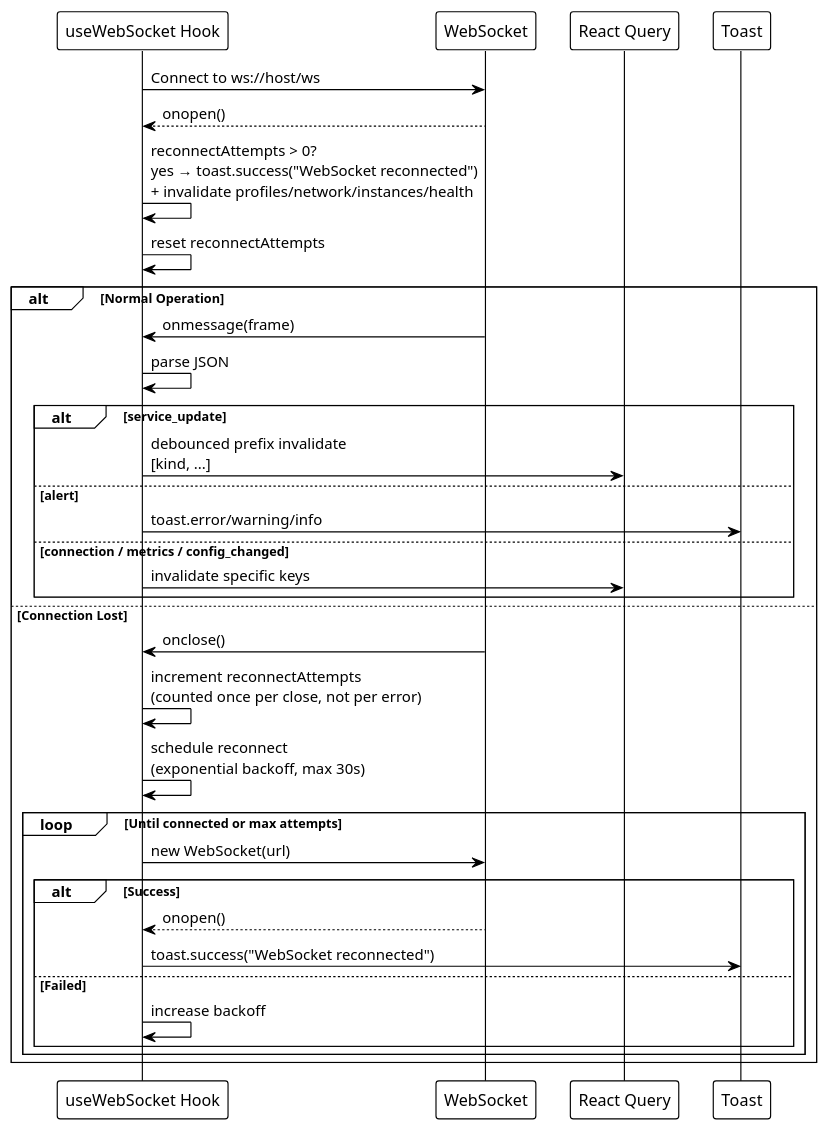
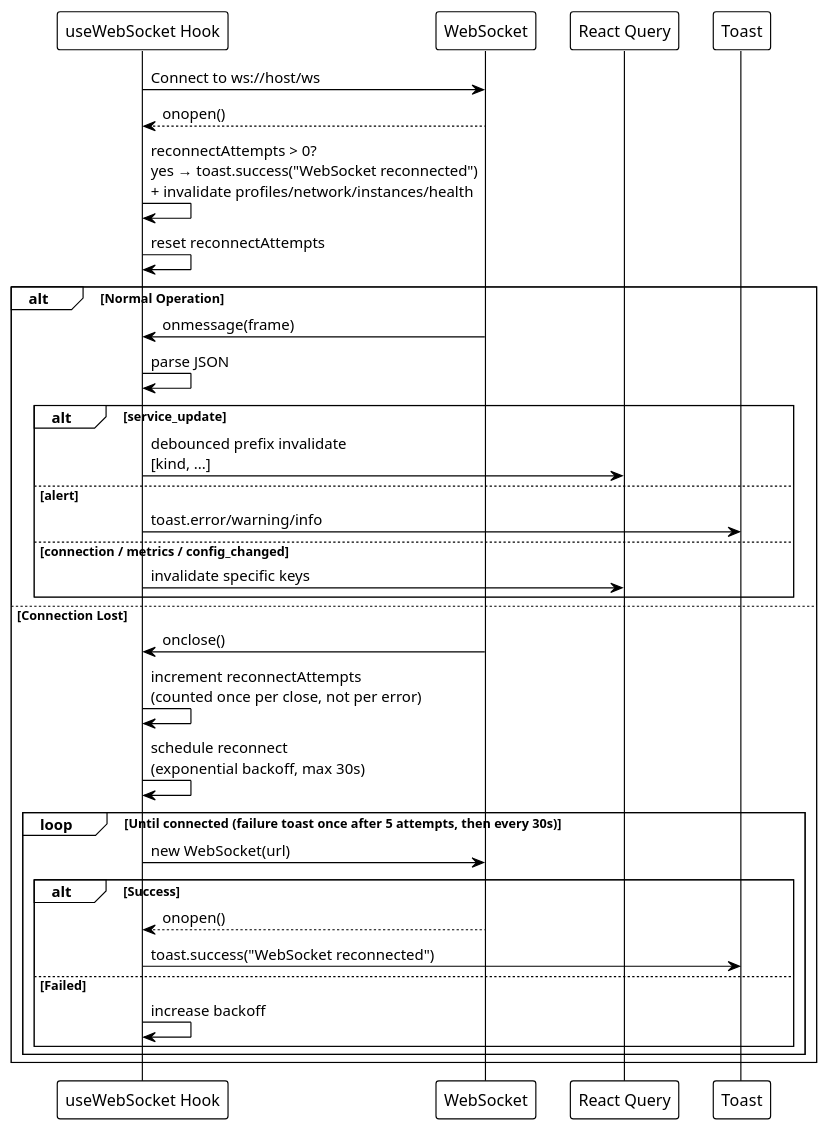
Before and after one commit to EraPartner/Watchman: the third of 3 diagrams in docs/features/real-time-updates.md, drawn with PlantUML. The commit also changed other lines of this file and 4 other files, not shown here.

First line of the commit message:
fix(ws): keep retrying at the capped delay after max attempts

````diff
--- a/docs/features/real-time-updates.md
+++ b/docs/features/real-time-updates.md
@@ -228,42 +228,42 @@
 ```plantuml
 @startuml
 !theme plain
 
 participant "useWebSocket Hook" as Hook
 participant "WebSocket" as WS
 participant "React Query" as Query
 participant "Toast" as Toast
 
 Hook -> WS : Connect to ws://host/ws
 WS --> Hook : onopen()
 Hook -> Hook : reconnectAttempts > 0?\nyes → toast.success("WebSocket reconnected")\n+ invalidate profiles/network/instances/health
 Hook -> Hook : reset reconnectAttempts
 
 alt Normal Operation
     WS -> Hook : onmessage(frame)
     Hook -> Hook : parse JSON
 
     alt service_update
         Hook -> Query : debounced prefix invalidate\n[kind, ...]
     else alert
         Hook -> Toast : toast.error/warning/info
     else connection / metrics / config_changed
         Hook -> Query : invalidate specific keys
     end
 else Connection Lost
     WS -> Hook : onclose()
     Hook -> Hook : increment reconnectAttempts\n(counted once per close, not per error)
     Hook -> Hook : schedule reconnect\n(exponential backoff, max 30s)
 
-    loop Until connected or max attempts
+    loop Until connected (failure toast once after 5 attempts, then every 30s)
         Hook -> WS : new WebSocket(url)
         alt Success
             WS --> Hook : onopen()
             Hook -> Toast : toast.success("WebSocket reconnected")
         else Failed
             Hook -> Hook : increase backoff
         end
     end
 end
 @enduml
 ```
````
